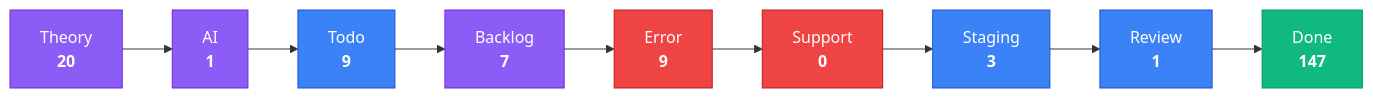
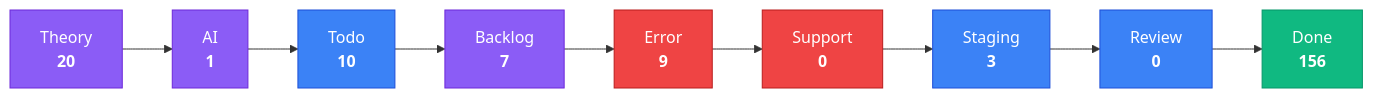
One commit to KBVE/kbve changed the third of 4 diagrams in apps/kbve/astro-kbve/src/content/docs/dashboard/kanban-data.mdx. Above: the diagram before and after it, drawn with Mermaid. The commit also changed other lines of this file and 8 other files, not shown here.

````diff
--- a/apps/kbve/astro-kbve/src/content/docs/dashboard/kanban-data.mdx
+++ b/apps/kbve/astro-kbve/src/content/docs/dashboard/kanban-data.mdx
@@ -80,28 +79,28 @@
 ```mermaid
 flowchart LR
     classDef planning fill:#8b5cf6,stroke:#6d28d9,color:#fff
     classDef active fill:#3b82f6,stroke:#1d4ed8,color:#fff
     classDef blocked fill:#ef4444,stroke:#b91c1c,color:#fff
     classDef done fill:#10b981,stroke:#059669,color:#fff
     Theory["Theory<br/><strong>20</strong>"]
     Theory --> AI
     AI["AI<br/><strong>1</strong>"]
     AI --> Todo
-    Todo["Todo<br/><strong>9</strong>"]
+    Todo["Todo<br/><strong>10</strong>"]
     Todo --> Backlog
     Backlog["Backlog<br/><strong>7</strong>"]
     Backlog --> Error
     Error["Error<br/><strong>9</strong>"]
     Error --> Support
     Support["Support<br/><strong>0</strong>"]
     Support --> Staging
     Staging["Staging<br/><strong>3</strong>"]
     Staging --> Review
-    Review["Review<br/><strong>1</strong>"]
+    Review["Review<br/><strong>0</strong>"]
     Review --> Done
-    Done["Done<br/><strong>147</strong>"]
+    Done["Done<br/><strong>156</strong>"]
     class Theory,AI,Backlog planning
     class Todo,Staging,Review active
     class Error,Support blocked
     class Done done
 ```
````
